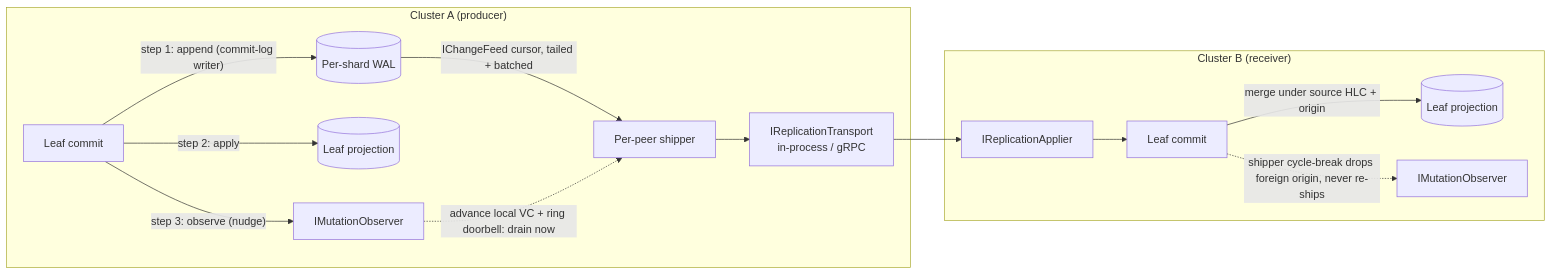
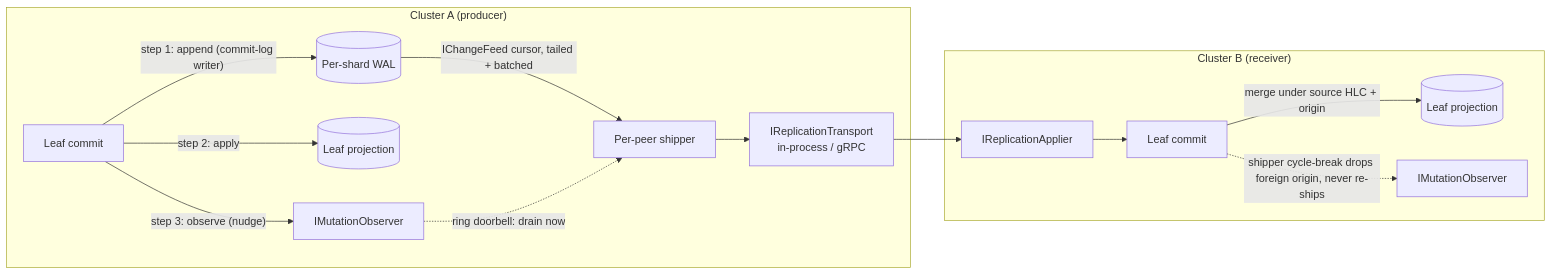
One commit to NSTA1/Orleans.Lattice changed the diagram in docs/lattice.replication/architecture.md. Above: the diagram before and after it, drawn with Mermaid. The commit also changed other lines of this file and 45 other files, not shown here.

````diff
--- a/docs/lattice.replication/architecture.md
+++ b/docs/lattice.replication/architecture.md
@@ -18,19 +18,19 @@
 ```mermaid
 flowchart LR
     subgraph "Cluster A (producer)"
         Leaf[Leaf commit]
         Leaf -->|"step 1: append (commit-log writer)"| Wal[(Per-shard WAL)]
         Leaf -->|"step 2: apply"| Proj[(Leaf projection)]
         Leaf -->|"step 3: observe (nudge)"| Capture[IMutationObserver]
         Wal -->|"IChangeFeed cursor, tailed + batched"| Ship[Per-peer shipper]
-        Capture -.->|"advance local VC + ring doorbell: drain now"| Ship
+        Capture -.->|"ring doorbell: drain now"| Ship
         Ship --> Transport[IReplicationTransport<br/>in-process / gRPC]
     end
 
     subgraph "Cluster B (receiver)"
         Transport --> Apply[IReplicationApplier]
         Apply --> LeafB[Leaf commit]
         LeafB -->|"merge under source HLC + origin"| ProjB[(Leaf projection)]
         LeafB -.->|"shipper cycle-break drops foreign origin, never re-ships"| CaptureB[IMutationObserver]
     end
 ```
````
